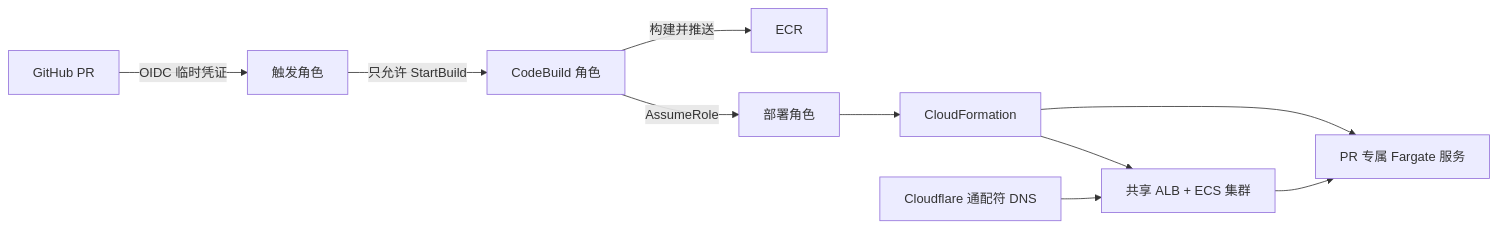
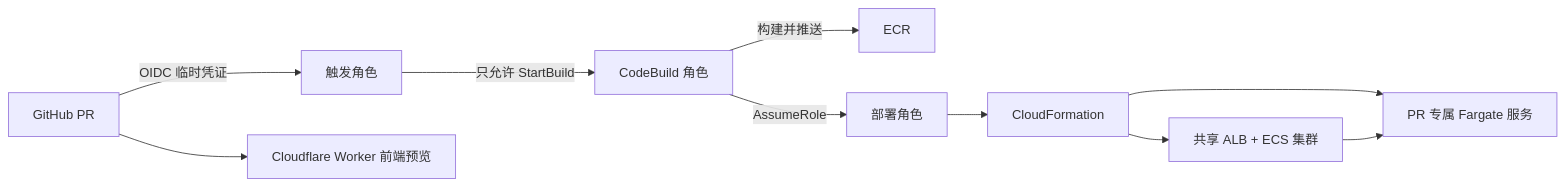
The first of 2 diagrams in docs/pr-preview-architecture.md (Chi111/aws-test), drawn with Mermaid before and after one commit. The commit also changed other lines of this file and 2 other files, not shown here.

Commit message:
feat: add Cloudflare Worker PR previews

````diff
--- a/docs/pr-preview-architecture.md
+++ b/docs/pr-preview-architecture.md
@@ -11,12 +12,12 @@
 ```mermaid
 flowchart LR
   PR["GitHub PR"] -->|"OIDC 临时凭证"| Trigger["触发角色"]
   Trigger -->|"只允许 StartBuild"| CB["CodeBuild 角色"]
   CB -->|"构建并推送"| ECR["ECR"]
   CB -->|"AssumeRole"| Deploy["部署角色"]
   Deploy --> CFN["CloudFormation"]
   CFN --> Base["共享 ALB + ECS 集群"]
   CFN --> Preview["PR 专属 Fargate 服务"]
-  CF["Cloudflare 通配符 DNS"] --> Base
+  PR --> CF["Cloudflare Worker 前端预览"]
   Base --> Preview
 ```
````
